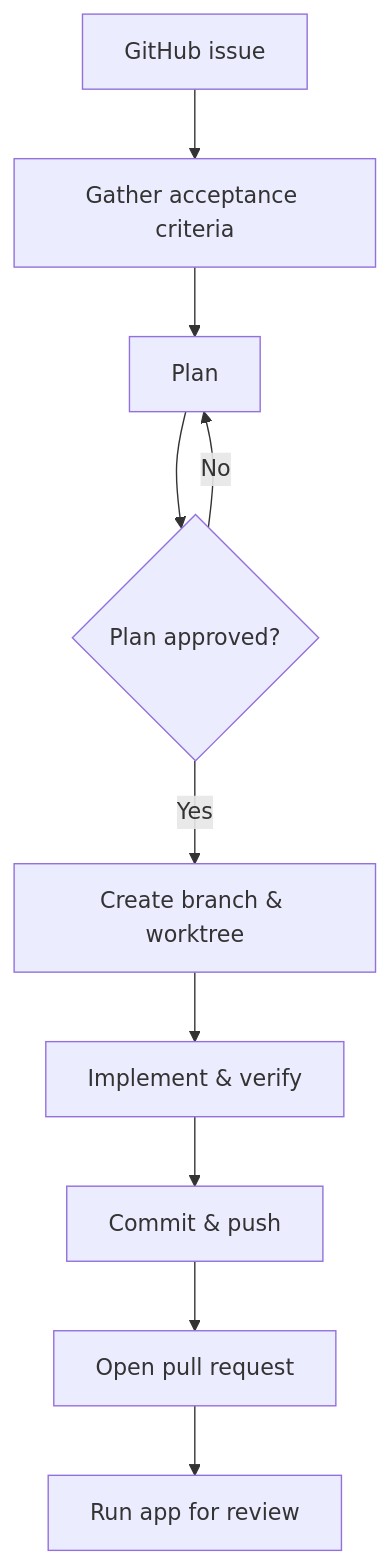
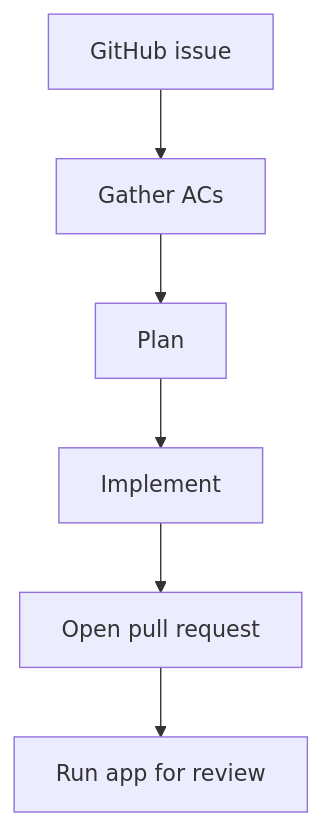
Before and after one commit to ethan-mfb/pomo: the diagram in DEVELOPMENT_WORKFLOWS.md, drawn with Mermaid.

Commit message:
refactor: simplify development workflow diagram by abbreviating acceptance criteria

````diff
--- a/DEVELOPMENT_WORKFLOWS.md
+++ b/DEVELOPMENT_WORKFLOWS.md
@@ -5,12 +5,8 @@
 ```mermaid
 flowchart TD
-    A[GitHub issue] --> B[Gather acceptance criteria]
+    A[GitHub issue] --> B[Gather ACs]
     B --> C[Plan]
-    C --> D{Plan approved?}
-    D -->|No| C
-    D -->|Yes| E[Create branch & worktree]
-    E --> F[Implement & verify]
-    F --> G[Commit & push]
-    G --> H[Open pull request]
+    C --> F[Implement]
+    F --> H[Open pull request]
     H --> I[Run app for review]
 ```
````
